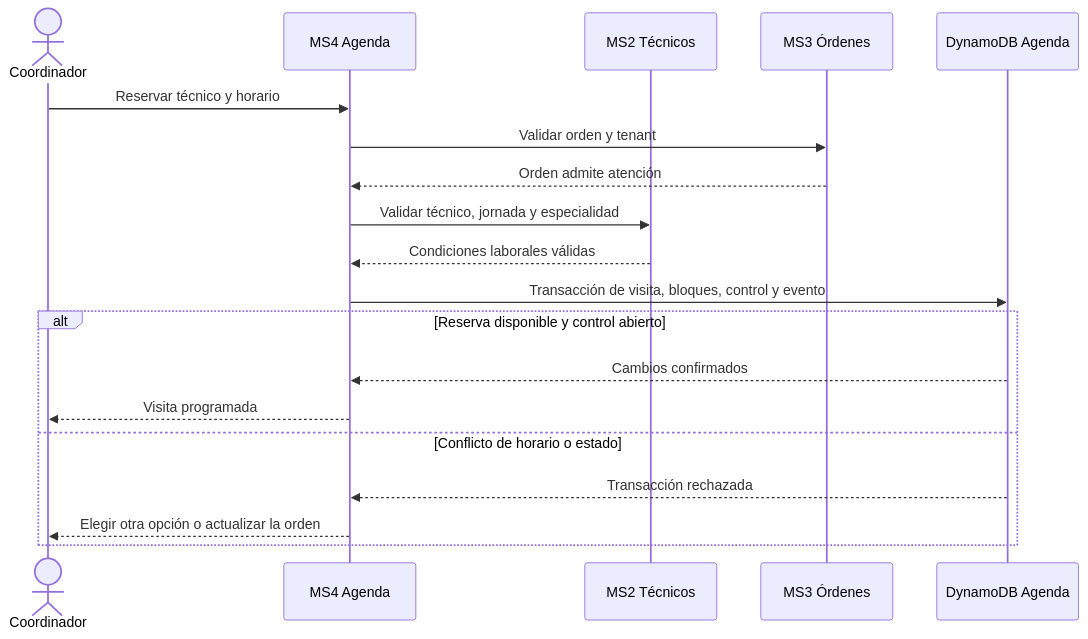
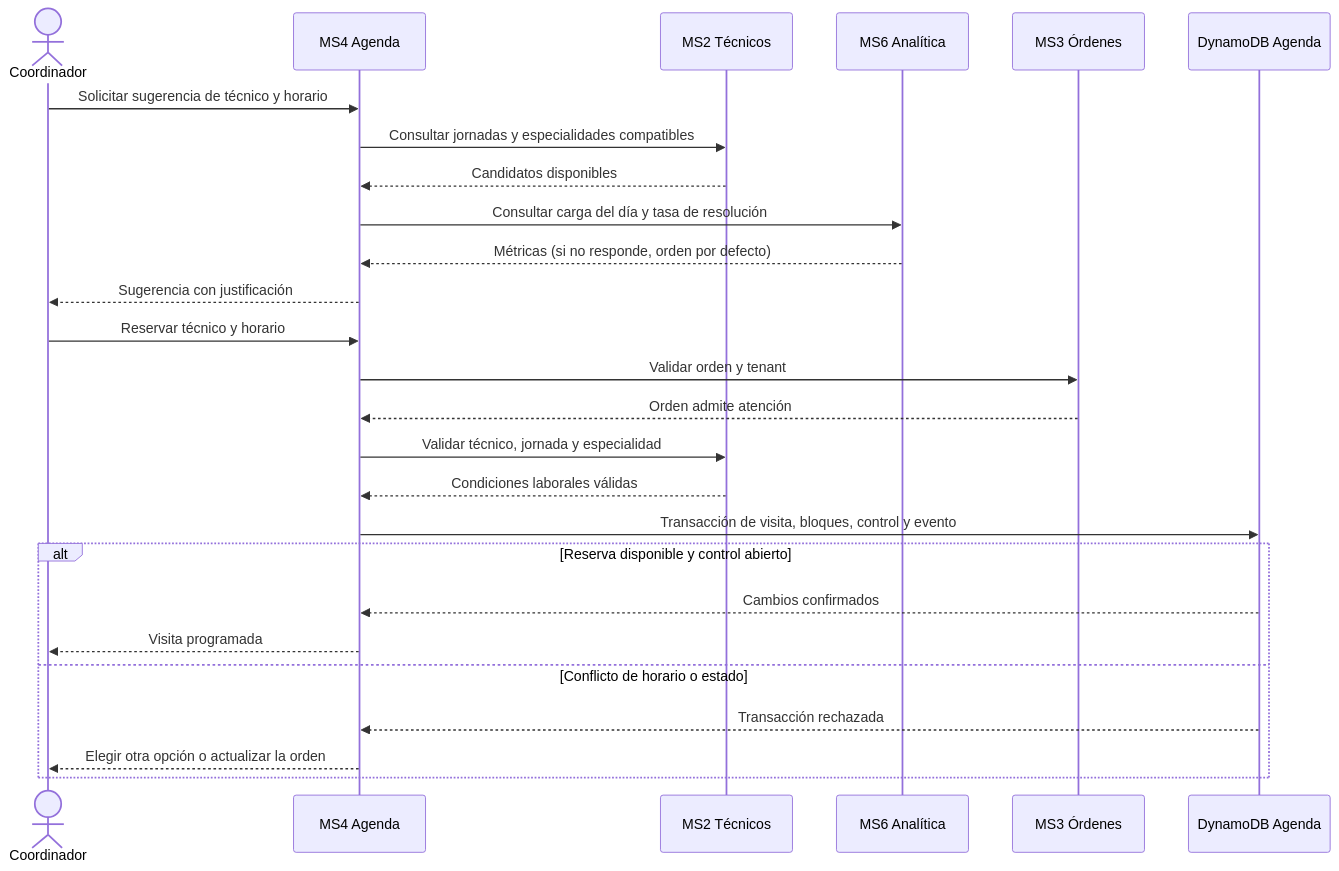
The seventh of 12 diagrams in ideas/proposal.md (rvcuba-utec/cloud-project-v2), drawn with Mermaid before and after one commit. The commit also changed other lines of this file, not shown here.

````diff
--- a/ideas/proposal.md
+++ b/ideas/proposal.md
@@ -930,21 +969,28 @@
 ```mermaid
 sequenceDiagram
     actor C as Coordinador
     participant A as MS4 Agenda
     participant T as MS2 Técnicos
+    participant AN as MS6 Analítica
     participant O as MS3 Órdenes
     participant DB as DynamoDB Agenda
+    C->>A: Solicitar sugerencia de técnico y horario
+    A->>T: Consultar jornadas y especialidades compatibles
+    T-->>A: Candidatos disponibles
+    A->>AN: Consultar carga del día y tasa de resolución
+    AN-->>A: Métricas (si no responde, orden por defecto)
+    A-->>C: Sugerencia con justificación
     C->>A: Reservar técnico y horario
     A->>O: Validar orden y tenant
     O-->>A: Orden admite atención
     A->>T: Validar técnico, jornada y especialidad
     T-->>A: Condiciones laborales válidas
     A->>DB: Transacción de visita, bloques, control y evento
     alt Reserva disponible y control abierto
         DB-->>A: Cambios confirmados
         A-->>C: Visita programada
     else Conflicto de horario o estado
         DB-->>A: Transacción rechazada
         A-->>C: Elegir otra opción o actualizar la orden
     end
 ```
````
